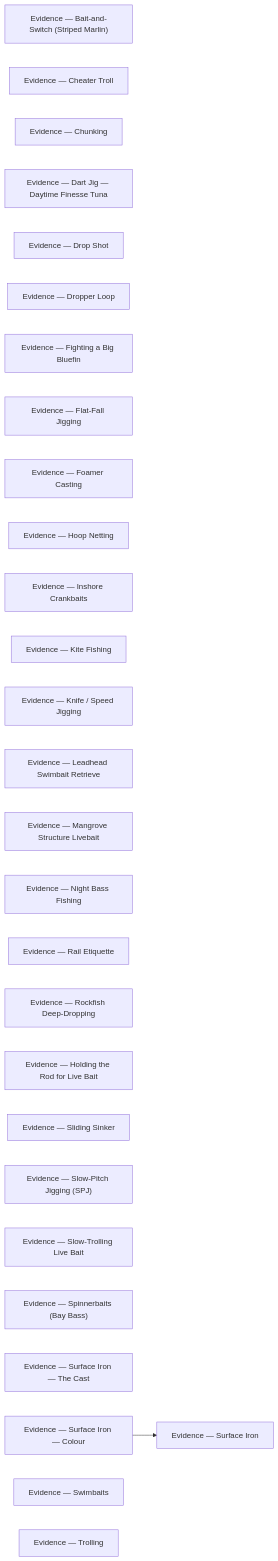
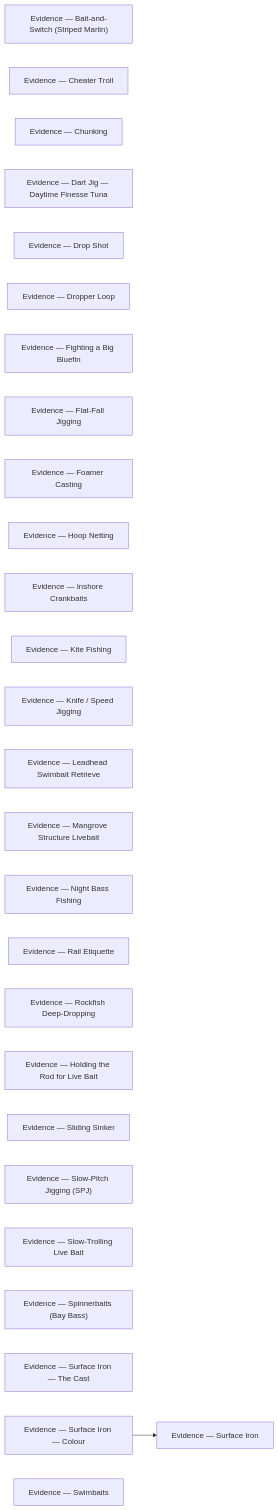
One commit to camchuckpete-max/Socal-Fishing-Knowledge changed the diagram in techniques/evidence/README.md. Above: the diagram before and after it, drawn with Mermaid. The commit also changed other lines of this file and 27 other files, not shown here.

````diff
--- a/techniques/evidence/README.md
+++ b/techniques/evidence/README.md
@@ -41,32 +40,31 @@
 ```mermaid
 graph LR
   n0["Evidence — Bait-and-Switch (Striped Marlin)"]
   n1["Evidence — Cheater Troll"]
   n2["Evidence — Chunking"]
   n3["Evidence — Dart Jig — Daytime Finesse Tuna"]
   n4["Evidence — Drop Shot"]
   n5["Evidence — Dropper Loop"]
   n6["Evidence — Fighting a Big Bluefin"]
   n7["Evidence — Flat-Fall Jigging"]
   n8["Evidence — Foamer Casting"]
   n9["Evidence — Hoop Netting"]
   n10["Evidence — Inshore Crankbaits"]
   n11["Evidence — Kite Fishing"]
   n12["Evidence — Knife / Speed Jigging"]
   n13["Evidence — Leadhead Swimbait Retrieve"]
   n14["Evidence — Mangrove Structure Livebait"]
   n15["Evidence — Night Bass Fishing"]
   n16["Evidence — Rail Etiquette"]
   n17["Evidence — Rockfish Deep-Dropping"]
   n18["Evidence — Holding the Rod for Live Bait"]
   n19["Evidence — Sliding Sinker"]
   n20["Evidence — Slow-Pitch Jigging (SPJ)"]
   n21["Evidence — Slow-Trolling Live Bait"]
   n22["Evidence — Spinnerbaits (Bay Bass)"]
   n23["Evidence — Surface Iron — The Cast"]
   n24["Evidence — Surface Iron — Colour"]
   n25["Evidence — Surface Iron"]
   n26["Evidence — Swimbaits"]
-  n27["Evidence — Trolling"]
   n24 --> n25
 ```
````
